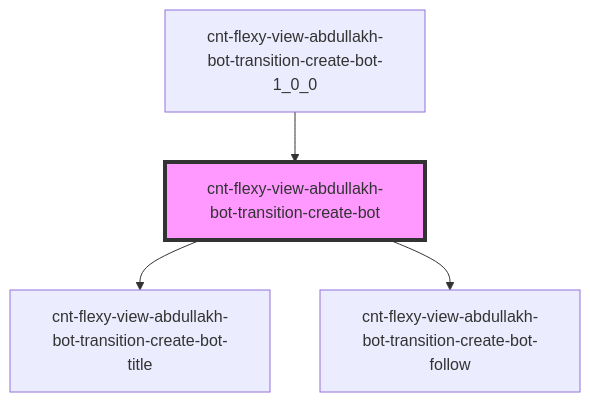
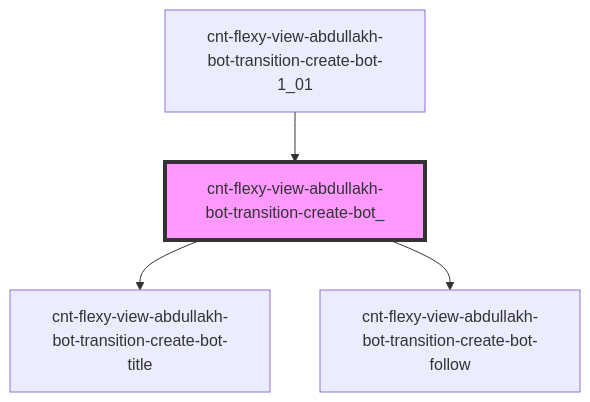
Before and after one commit to Wokh-Dada/botdevelopmentapp: the diagram in src/components/cnt-flexy-view-abdullakh-bot-transition-create-bot/res/view/cnt-flexy-view-abdullakh-bot-transition-create-bot_/readme.md, drawn with Mermaid. The commit also changed other lines of this file and 34 other files, not shown here.

````diff
--- a/src/components/cnt-flexy-view-abdullakh-bot-transition-create-bot/res/view/cnt-flexy-view-abdullakh-bot-transition-create-bot_/readme.md
+++ b/src/components/cnt-flexy-view-abdullakh-bot-transition-create-bot/res/view/cnt-flexy-view-abdullakh-bot-transition-create-bot_/readme.md
@@ -35,7 +35,7 @@
 ```mermaid
 graph TD;
-  cnt-flexy-view-abdullakh-bot-transition-create-bot --> cnt-flexy-view-abdullakh-bot-transition-create-bot-title
-  cnt-flexy-view-abdullakh-bot-transition-create-bot --> cnt-flexy-view-abdullakh-bot-transition-create-bot-follow
-  cnt-flexy-view-abdullakh-bot-transition-create-bot-1_0_0 --> cnt-flexy-view-abdullakh-bot-transition-create-bot
-  style cnt-flexy-view-abdullakh-bot-transition-create-bot fill:#f9f,stroke:#333,stroke-width:4px
+  cnt-flexy-view-abdullakh-bot-transition-create-bot_ --> cnt-flexy-view-abdullakh-bot-transition-create-bot-title
+  cnt-flexy-view-abdullakh-bot-transition-create-bot_ --> cnt-flexy-view-abdullakh-bot-transition-create-bot-follow
+  cnt-flexy-view-abdullakh-bot-transition-create-bot-1_01 --> cnt-flexy-view-abdullakh-bot-transition-create-bot_
+  style cnt-flexy-view-abdullakh-bot-transition-create-bot_ fill:#f9f,stroke:#333,stroke-width:4px
 ```
````
